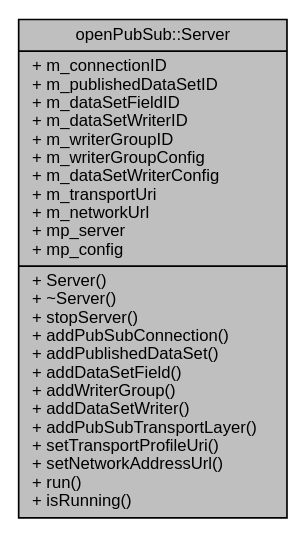
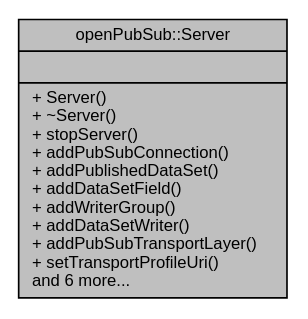
One commit to makreft/openPubSub changed the diagram in classopenPubSub_1_1Server__coll__graph.dot. Above: the diagram before and after it, drawn with Graphviz. The commit also changed 46 other files, not shown here.

```diff
--- a/classopenPubSub_1_1Server__coll__graph.dot
+++ b/classopenPubSub_1_1Server__coll__graph.dot
@@ -1,7 +1,7 @@
 digraph "openPubSub::Server"
 {
  // LATEX_PDF_SIZE
   edge [fontname="Helvetica",fontsize="10",labelfontname="Helvetica",labelfontsize="10"];
   node [fontname="Helvetica",fontsize="10",shape=record];
-  Node1 [label="{openPubSub::Server\n|+ m_connectionID\l+ m_publishedDataSetID\l+ m_dataSetFieldID\l+ m_dataSetWriterID\l+ m_writerGroupID\l+ m_writerGroupConfig\l+ m_dataSetWriterConfig\l+ m_transportUri\l+ m_networkUrl\l+ mp_server\l+ mp_config\l|+ Server()\l+ ~Server()\l+ stopServer()\l+ addPubSubConnection()\l+ addPublishedDataSet()\l+ addDataSetField()\l+ addWriterGroup()\l+ addDataSetWriter()\l+ addPubSubTransportLayer()\l+ setTransportProfileUri()\l+ setNetworkAddressUrl()\l+ run()\l+ isRunning()\l}",height=0.2,width=0.4,color="black", fillcolor="grey75", style="filled", fontcolor="black",tooltip=" "];
+  Node1 [label="{openPubSub::Server\n||+ Server()\l+ ~Server()\l+ stopServer()\l+ addPubSubConnection()\l+ addPublishedDataSet()\l+ addDataSetField()\l+ addWriterGroup()\l+ addDataSetWriter()\l+ addPubSubTransportLayer()\l+ setTransportProfileUri()\land 6 more...\l}",height=0.2,width=0.4,color="black", fillcolor="grey75", style="filled", fontcolor="black",tooltip=" "];
 }
```
